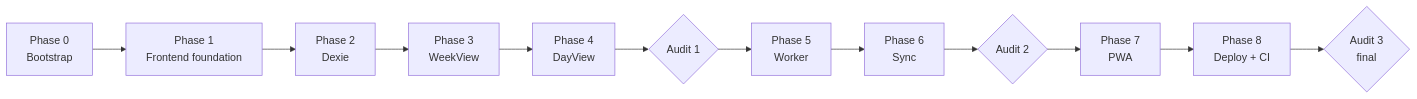
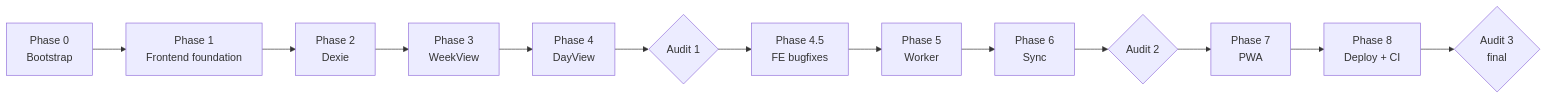
One commit to Lumineks/pwa-calendar changed the third of 3 diagrams in PLAN.md. Above: the diagram before and after it, drawn with Mermaid. The commit also changed other lines of this file and 12 other files, not shown here.

````diff
--- a/PLAN.md
+++ b/PLAN.md
@@ -174,14 +178,15 @@
 ```mermaid
 flowchart LR
   P0[Phase 0<br/>Bootstrap] --> P1[Phase 1<br/>Frontend foundation]
   P1 --> P2[Phase 2<br/>Dexie]
   P2 --> P3[Phase 3<br/>WeekView]
   P3 --> P4[Phase 4<br/>DayView]
   P4 --> A1{Audit 1}
-  A1 --> P5[Phase 5<br/>Worker]
+  A1 --> P45[Phase 4.5<br/>FE bugfixes]
+  P45 --> P5[Phase 5<br/>Worker]
   P5 --> P6[Phase 6<br/>Sync]
   P6 --> A2{Audit 2}
   A2 --> P7[Phase 7<br/>PWA]
   P7 --> P8[Phase 8<br/>Deploy + CI]
   P8 --> A3{Audit 3<br/>final}
 ```
````
